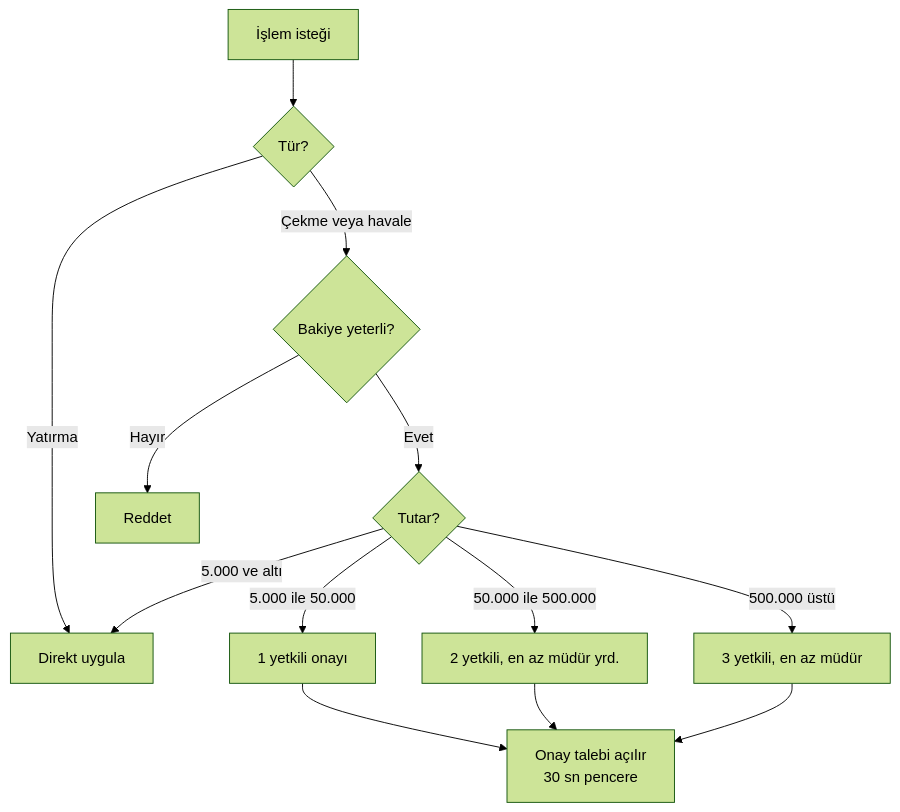
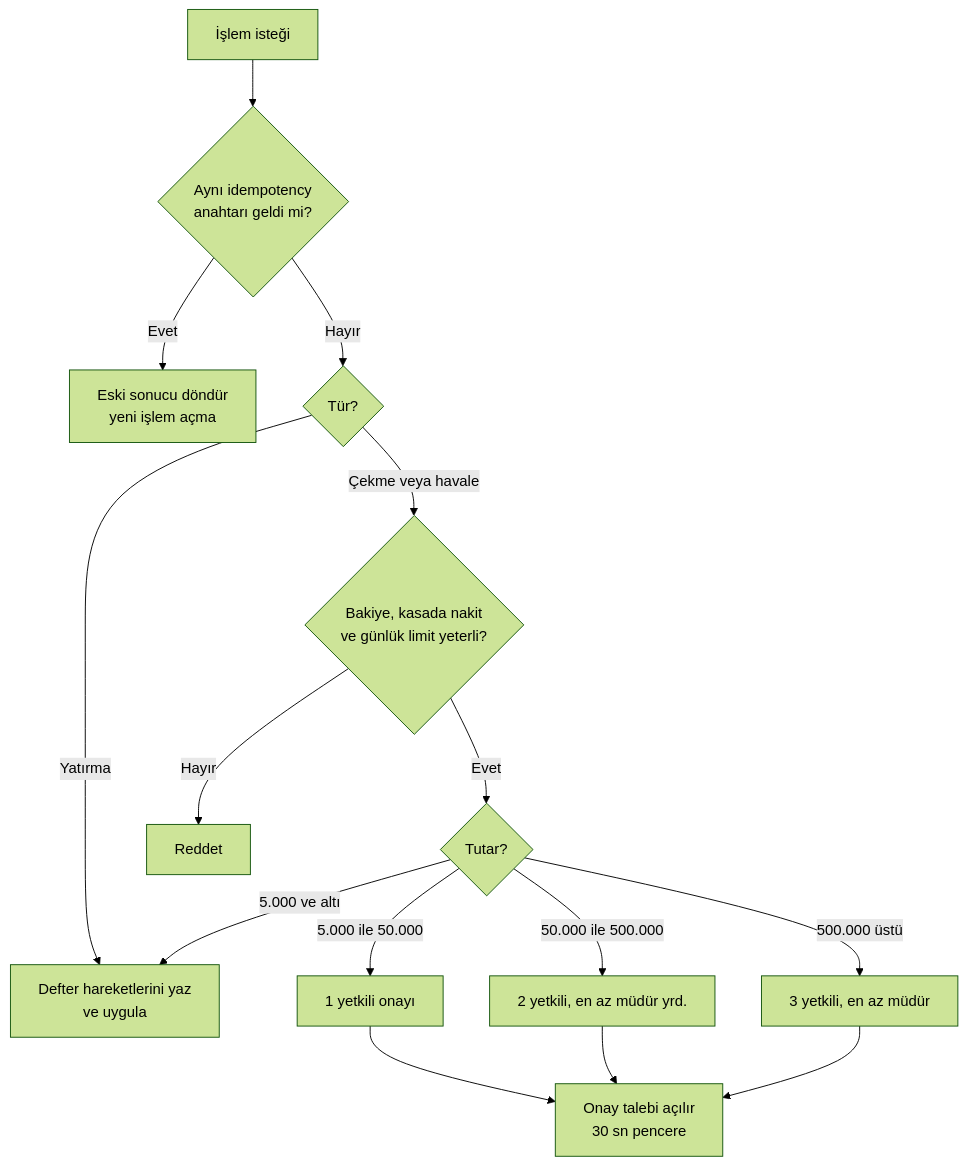
The second of 5 diagrams in README.md (ikrabaser/rfid-multisig-atm), drawn with Mermaid (forest theme) before and after one commit. The commit also changed other lines of this file, not shown here.

Commit message:
docs: document ledger, anomaly rules, vault flow and HTTPS

````diff
--- a/README.md
+++ b/README.md
@@ -92,15 +127,17 @@
 ```mermaid
 flowchart TD
-    A["İşlem isteği"] --> B{"Tür?"}
-    B -- "Yatırma" --> OK["Direkt uygula"]
-    B -- "Çekme veya havale" --> C{"Bakiye yeterli?"}
+    A["İşlem isteği"] --> K{"Aynı idempotency<br/>anahtarı geldi mi?"}
+    K -- "Evet" --> KS["Eski sonucu döndür<br/>yeni işlem açma"]
+    K -- "Hayır" --> B{"Tür?"}
+    B -- "Yatırma" --> OK["Defter hareketlerini yaz<br/>ve uygula"]
+    B -- "Çekme veya havale" --> C{"Bakiye, kasada nakit<br/>ve günlük limit yeterli?"}
     C -- "Hayır" --> R["Reddet"]
     C -- "Evet" --> D{"Tutar?"}
     D -- "5.000 ve altı" --> OK
     D -- "5.000 ile 50.000" --> P1["1 yetkili onayı"]
     D -- "50.000 ile 500.000" --> P2["2 yetkili, en az müdür yrd."]
     D -- "500.000 üstü" --> P3["3 yetkili, en az müdür"]
     P1 --> W["Onay talebi açılır<br/>30 sn pencere"]
     P2 --> W
     P3 --> W
 ```
````
